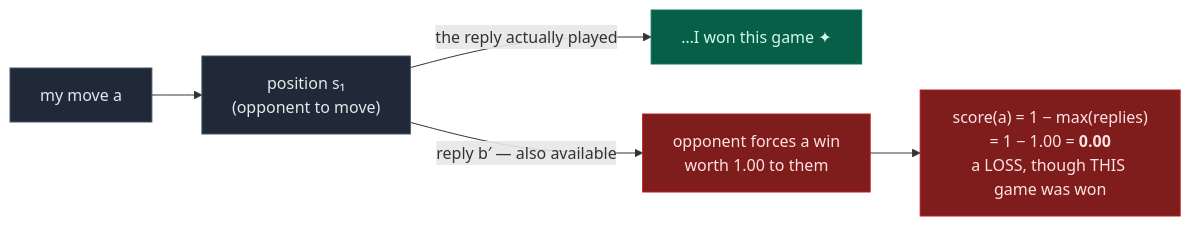
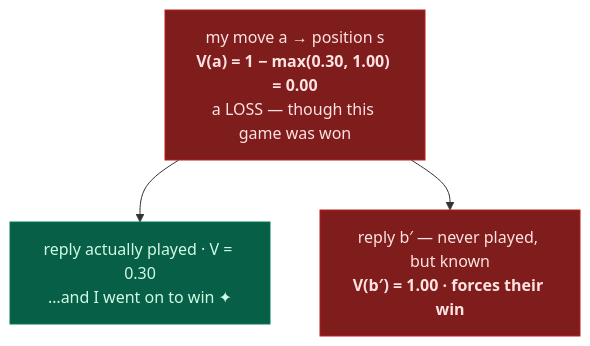
One commit to MatheweB/WiseExplorer changed the eighth of 8 diagrams in README.md. Above: the diagram before and after it, drawn with Mermaid. The commit also changed other lines of this file and 4 other files, not shown here.

````diff
--- a/README.md
+++ b/README.md
@@ -323,13 +456,12 @@
 ```mermaid
-flowchart LR
+flowchart TD
     classDef me   fill:#1f2937,stroke:#475569,color:#e5e7eb
     classDef good fill:#065f46,stroke:#047857,color:#d1fae5
     classDef bad  fill:#7f1d1d,stroke:#b91c1c,color:#fee2e2
-    A["my move a"] --> S1["position s₁<br/>(opponent to move)"]
-    S1 -->|"the reply actually played"| Won["…I won this game ✦"]
-    S1 -->|"reply b′ — also available"| Force["opponent forces a win<br/>worth 1.00 to them"]
-    Force --> Sc["score(a) = 1 − max(replies)<br/>= 1 − 1.00 = <b>0.00</b><br/>a LOSS, though THIS game was won"]
-    class A,S1 me
-    class Won good
-    class Force,Sc bad
+    A["my move a → position s<br/><b>V(a) = 1 − max(0.30, 1.00) = 0.00</b><br/>a LOSS — though this game was won"] --> R1 & R2
+    R1["reply actually played · V = 0.30<br/>…and I went on to win ✦"]
+    R2["reply b′ — never played, but known<br/><b>V(b′) = 1.00 · forces their win</b>"]
+    class A bad
+    class R1 good
+    class R2 bad
 ```
````
